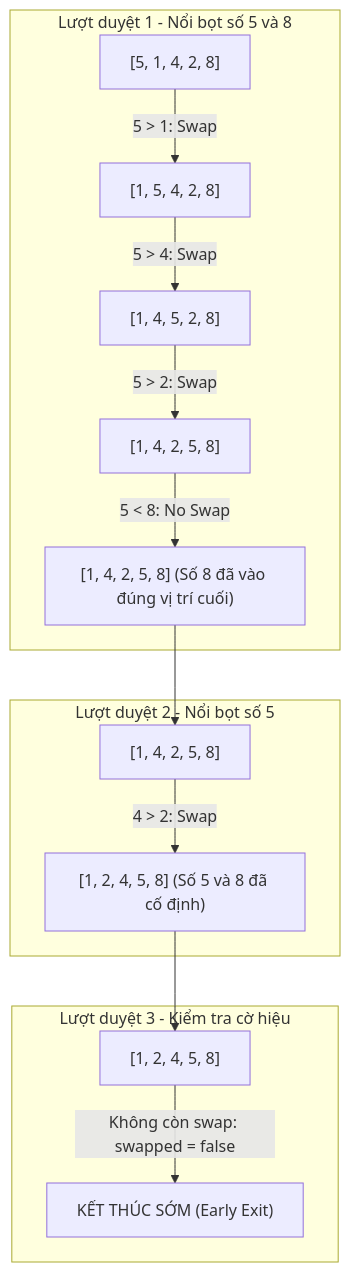
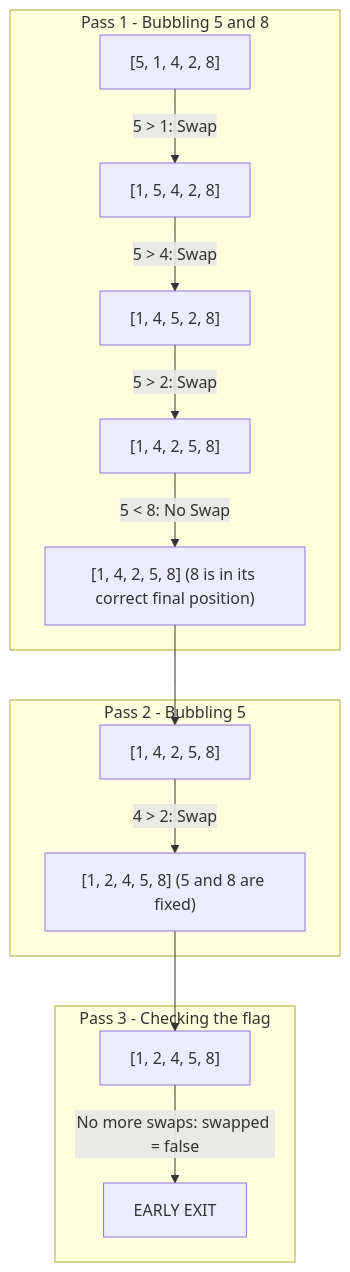
Before and after one commit to ga2631/ga2631.github.io: the diagram in src/data/blog/en/28-2026-06-04-bubble-sort-algorithm-mechanics-optimization-cpp.md, drawn with Mermaid. The commit also changed other lines of this file and 74 other files, not shown here.

````diff
--- a/src/data/blog/en/28-2026-06-04-bubble-sort-algorithm-mechanics-optimization-cpp.md
+++ b/src/data/blog/en/28-2026-06-04-bubble-sort-algorithm-mechanics-optimization-cpp.md
@@ -43,17 +43,17 @@
 ```mermaid
 flowchart TD
-    subgraph Pass1 [Lượt duyệt 1 - Nổi bọt số 5 và 8]
+    subgraph Pass1 [Pass 1 - Bubbling 5 and 8]
         A1["[5, 1, 4, 2, 8]"] -->|"5 > 1: Swap"| A2["[1, 5, 4, 2, 8]"]
         A2 -->|"5 > 4: Swap"| A3["[1, 4, 5, 2, 8]"]
         A3 -->|"5 > 2: Swap"| A4["[1, 4, 2, 5, 8]"]
-        A4 -->|"5 < 8: No Swap"| A5["[1, 4, 2, 5, 8] (Số 8 đã vào đúng vị trí cuối)"]
+        A4 -->|"5 < 8: No Swap"| A5["[1, 4, 2, 5, 8] (8 is in its correct final position)"]
     end
-    subgraph Pass2 [Lượt duyệt 2 - Nổi bọt số 5]
+    subgraph Pass2 [Pass 2 - Bubbling 5]
         A5 --> B1["[1, 4, 2, 5, 8]"]
-        B1 -->|"4 > 2: Swap"| B2["[1, 2, 4, 5, 8] (Số 5 và 8 đã cố định)"]
+        B1 -->|"4 > 2: Swap"| B2["[1, 2, 4, 5, 8] (5 and 8 are fixed)"]
     end
-    subgraph Pass3 [Lượt duyệt 3 - Kiểm tra cờ hiệu]
+    subgraph Pass3 [Pass 3 - Checking the flag]
         B2 --> C1["[1, 2, 4, 5, 8]"]
-        C1 -->|"Không còn swap: swapped = false"| C2["KẾT THÚC SỚM (Early Exit)"]
+        C1 -->|"No more swaps: swapped = false"| C2["EARLY EXIT"]
     end
 ```
````
